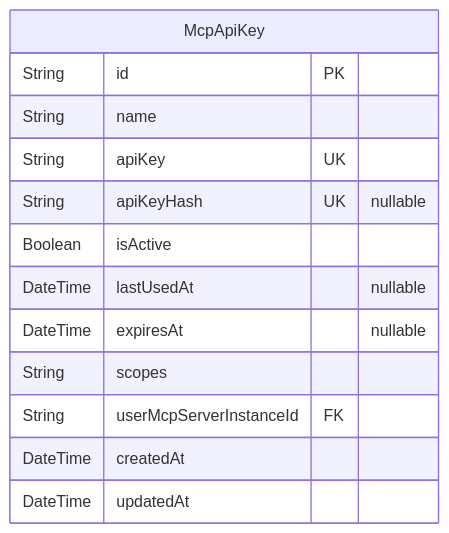
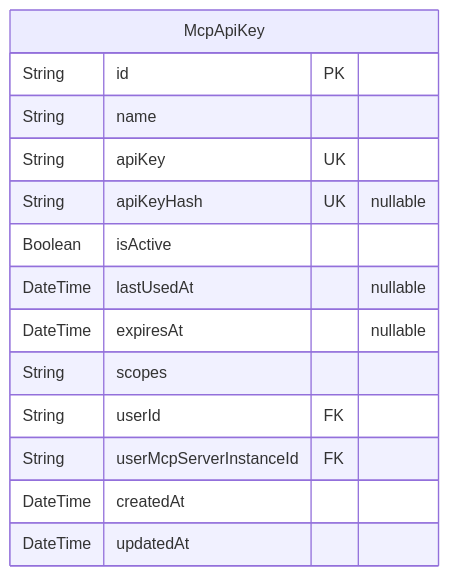
Before and after one commit to rayven122/tumiki: the first of 8 diagrams in packages/db/prisma/README.md, drawn with Mermaid. The commit also changed other lines of this file and 3 other files, not shown here.

````diff
--- a/packages/db/prisma/README.md
+++ b/packages/db/prisma/README.md
@@ -16,16 +14,17 @@
 ```mermaid
 erDiagram
 "McpApiKey" {
   String id PK
   String name
   String apiKey UK
   String apiKeyHash UK "nullable"
   Boolean isActive
   DateTime lastUsedAt "nullable"
   DateTime expiresAt "nullable"
   String scopes
+  String userId FK
   String userMcpServerInstanceId FK
   DateTime createdAt
   DateTime updatedAt
 }
 ```
````
